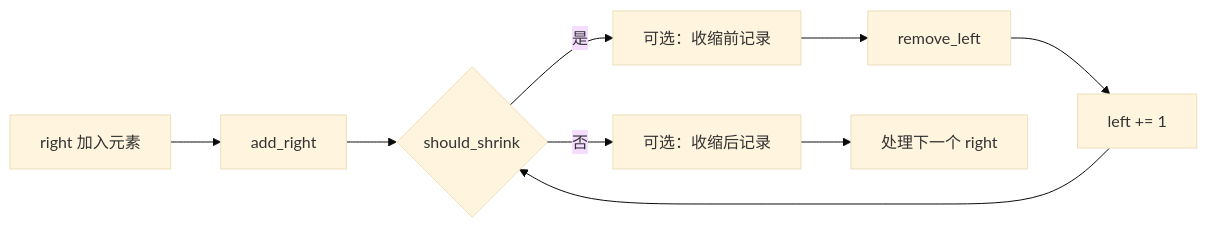
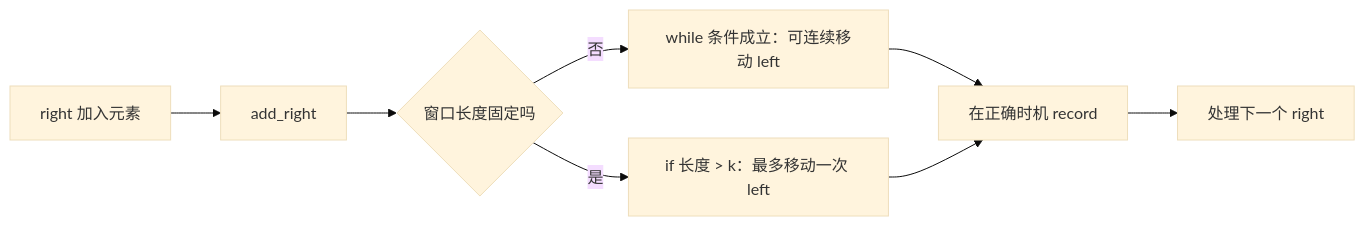
Before and after one commit to CurryTang/mlphdinterview: the first of 3 diagrams in notes/Leetcode/CoreSkills29 Sliding Window.md, drawn with Mermaid (base theme). The commit also changed other lines of this file and 2 other files, not shown here.

````diff
--- a/notes/Leetcode/CoreSkills29 Sliding Window.md
+++ b/notes/Leetcode/CoreSkills29 Sliding Window.md
@@ -113,11 +146,10 @@
 ```mermaid
 flowchart LR
   A["right 加入元素"] --> B["add_right"]
-  B --> C{"should_shrink"}
-  C -->|是| D["可选：收缩前记录"]
-  D --> E["remove_left"]
-  E --> F["left += 1"]
-  F --> C
-  C -->|否| G["可选：收缩后记录"]
-  G --> H["处理下一个 right"]
+  B --> C{"窗口长度固定吗"}
+  C -->|否| D["while 条件成立：可连续移动 left"]
+  C -->|是| E["if 长度 > k：最多移动一次 left"]
+  D --> F["在正确时机 record"]
+  E --> F
+  F --> G["处理下一个 right"]
 ```
````
